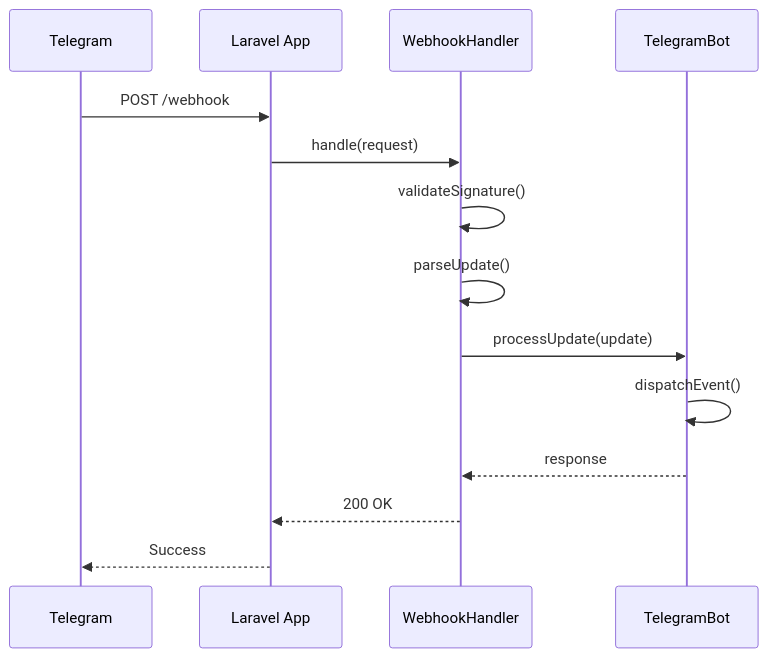
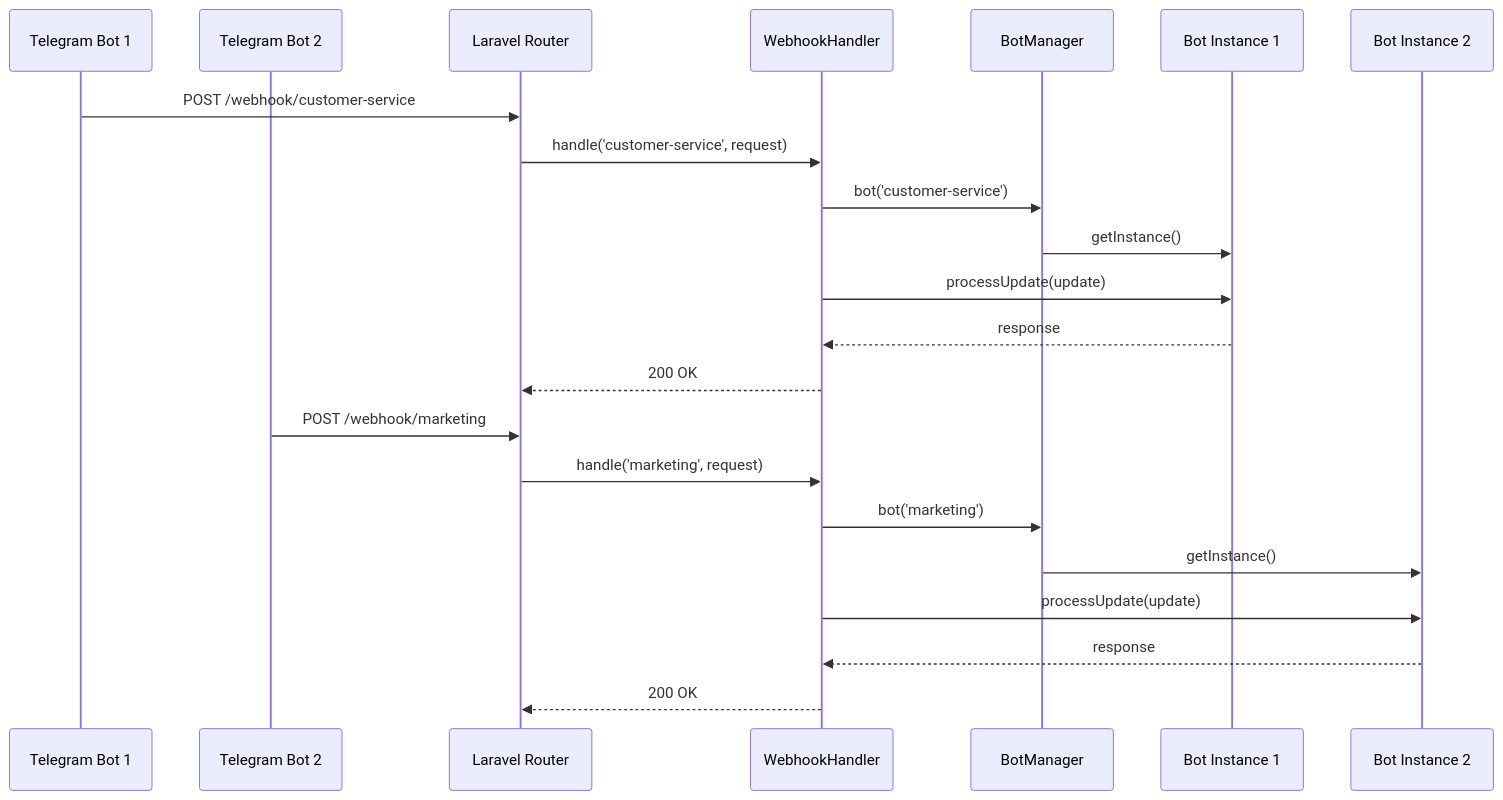
Diagram 11 of 15 in .qoder/quests/telegram-bot-sdk.md (xbot-my/telegram-sdk), drawn with Mermaid before and after one commit. The commit also changed other lines of this file and 1 other file, not shown here.

````diff
--- a/.qoder/quests/telegram-bot-sdk.md
+++ b/.qoder/quests/telegram-bot-sdk.md
@@ -337,17 +514,26 @@
 ```mermaid
 sequenceDiagram
-    participant TG as Telegram
-    participant App as Laravel App
+    participant TG1 as Telegram Bot 1
+    participant TG2 as Telegram Bot 2
+    participant Router as Laravel Router
     participant Handler as WebhookHandler
-    participant Bot as TelegramBot
+    participant Manager as BotManager
+    participant Bot1 as Bot Instance 1
+    participant Bot2 as Bot Instance 2
     
-    TG->>App: POST /webhook
-    App->>Handler: handle(request)
-    Handler->>Handler: validateSignature()
-    Handler->>Handler: parseUpdate()
-    Handler->>Bot: processUpdate(update)
-    Bot->>Bot: dispatchEvent()
-    Bot-->>Handler: response
-    Handler-->>App: 200 OK
-    App-->>TG: Success
+    TG1->>Router: POST /webhook/customer-service
+    Router->>Handler: handle('customer-service', request)
+    Handler->>Manager: bot('customer-service')
+    Manager->>Bot1: getInstance()
+    Handler->>Bot1: processUpdate(update)
+    Bot1-->>Handler: response
+    Handler-->>Router: 200 OK
+    
+    TG2->>Router: POST /webhook/marketing
+    Router->>Handler: handle('marketing', request)
+    Handler->>Manager: bot('marketing')
+    Manager->>Bot2: getInstance()
+    Handler->>Bot2: processUpdate(update)
+    Bot2-->>Handler: response
+    Handler-->>Router: 200 OK
 ```
````
